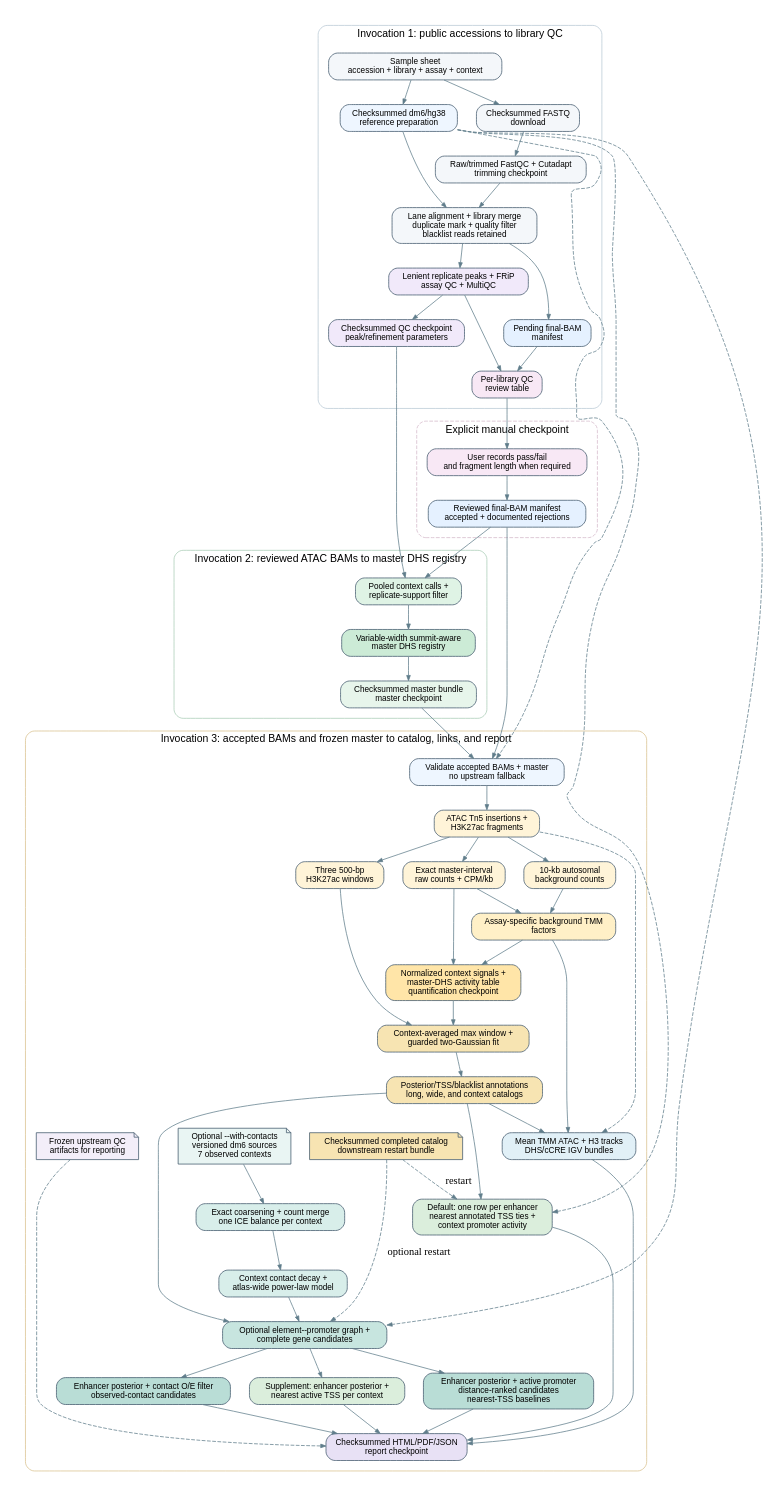
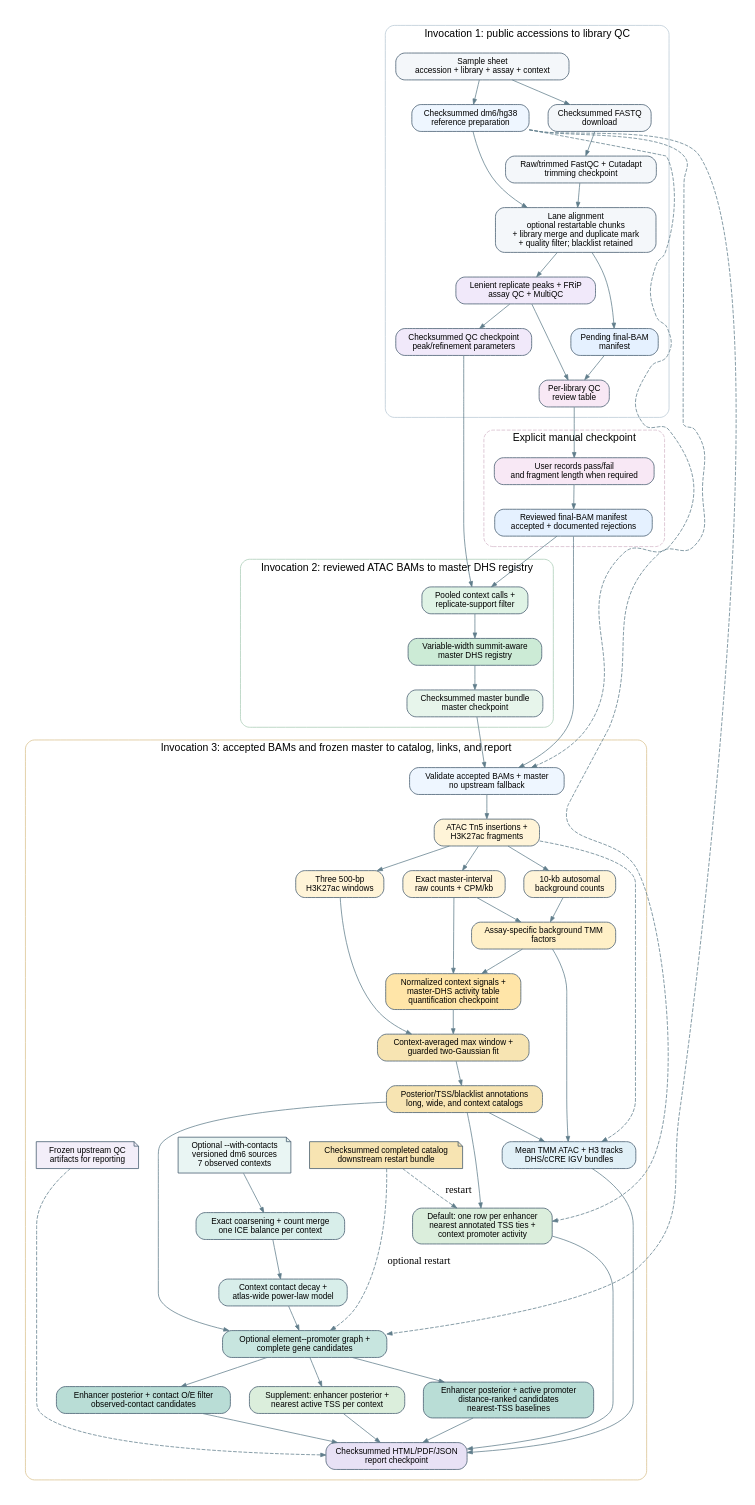
Before and after one commit to laiker96/drosophila-cCREs: the diagram in docs/workflow-dag.dot, drawn with Graphviz. The commit also changed 15 other files, not shown here.

Commit message:
Add restartable chunked short-read alignment

```diff
--- a/docs/workflow-dag.dot
+++ b/docs/workflow-dag.dot
@@ -1,128 +1,128 @@
 digraph workflow {
   graph [rankdir=TB, bgcolor="#ffffff", pad=0.25, nodesep=0.35,
          ranksep=0.45, newrank=true, compound=true, fontname="Helvetica"];
   node [shape=box, style="rounded,filled", fontname="Helvetica", fontsize=11,
         color="#40566b", fillcolor="#f4f7fa", margin="0.13,0.08"];
   edge [color="#607d8b", arrowsize=0.7];
 
   subgraph cluster_qc {
     label="Invocation 1: public accessions to library QC";
     color="#b8c8d4";
     style="rounded";
     margin=14;
 
     inputs [label="Sample sheet\naccession + library + assay + context"];
     download [label="Checksummed FASTQ\ndownload"];
     reference [label="Checksummed dm6/hg38\nreference preparation", fillcolor="#eef6ff"];
     trim [label="Raw/trimmed FastQC + Cutadapt\ntrimming checkpoint"];
-    align [label="Lane alignment + library merge\nduplicate mark + quality filter\nblacklist reads retained"];
+    align [label="Lane alignment\noptional restartable chunks\n+ library merge and duplicate mark\n+ quality filter; blacklist retained"];
     bammanifest [label="Pending final-BAM\nmanifest", fillcolor="#e5f1ff"];
     qc [label="Lenient replicate peaks + FRiP\nassay QC + MultiQC", fillcolor="#f1e9fa"];
     qccheckpoint [label="Checksummed QC checkpoint\npeak/refinement parameters", fillcolor="#f1e9fa"];
     reviewtable [label="Per-library QC\nreview table", fillcolor="#f8e8f5"];
 
     inputs -> download -> trim -> align;
     inputs -> reference;
     reference -> align;
     align -> bammanifest;
     align -> qc;
     qc -> qccheckpoint;
     bammanifest -> reviewtable;
     qc -> reviewtable;
     {rank=same; download; reference;}
     {rank=same; bammanifest; qccheckpoint;}
   }
 
   subgraph cluster_review {
     label="Explicit manual checkpoint";
     color="#d4b8ca";
     style="rounded,dashed";
     margin=14;
 
     review [label="User records pass/fail\nand fragment length when required", fillcolor="#f8e8f5"];
     reviewedbam [label="Reviewed final-BAM manifest\naccepted + documented rejections", fillcolor="#e5f1ff"];
 
     review -> reviewedbam;
   }
 
   subgraph cluster_master {
     label="Invocation 2: reviewed ATAC BAMs to master DHS registry";
     color="#a9ccb5";
     style="rounded";
     margin=14;
 
     context [label="Pooled context calls +\nreplicate-support filter", fillcolor="#dff3e5"];
     master [label="Variable-width summit-aware\nmaster DHS registry", fillcolor="#ccebd6"];
     mastermanifest [label="Checksummed master bundle\nmaster checkpoint", fillcolor="#e7f5eb"];
 
     context -> master -> mastermanifest;
   }
 
   subgraph cluster_activity {
     label="Invocation 3: accepted BAMs and frozen master to catalog, links, and report";
     color="#d9c18c";
     style="rounded";
     margin=14;
 
     validate [label="Validate accepted BAMs + master\nno upstream fallback", fillcolor="#eef6ff"];
     units [label="ATAC Tn5 insertions +\nH3K27ac fragments", fillcolor="#fff4d8"];
     exact [label="Exact master-interval\nraw counts + CPM/kb", fillcolor="#fff4d8"];
     background [label="10-kb autosomal\nbackground counts", fillcolor="#fff4d8"];
     windows [label="Three 500-bp\nH3K27ac windows", fillcolor="#fff4d8"];
     tmm [label="Assay-specific background TMM\nfactors", fillcolor="#fff0c7"];
     quantify [label="Normalized context signals +\nmaster-DHS activity table\nquantification checkpoint", fillcolor="#ffe5a8"];
     mixture [label="Context-averaged max window +\nguarded two-Gaussian fit", fillcolor="#f7e4b2"];
     catalog [label="Posterior/TSS/blacklist annotations\nlong, wide, and context catalogs", fillcolor="#f7e4b2"];
     catalogbundle [label="Checksummed completed catalog\ndownstream restart bundle", shape=note, fillcolor="#f7e4b2"];
     browser [label="Mean TMM ATAC + H3 tracks\nDHS/cCRE IGV bundles", fillcolor="#e1f0f7"];
     nearestwide [label="Default: one row per enhancer\nnearest annotated TSS ties +\ncontext promoter activity", fillcolor="#dbeedc"];
     contacts [label="Optional --with-contacts\nversioned dm6 sources\n7 observed contexts", shape=note, fillcolor="#e9f5f3"];
     normalizecontacts [label="Exact coarsening + count merge\none ICE balance per context", fillcolor="#d8eeea"];
     decay [label="Context contact decay +\natlas-wide power-law model", fillcolor="#d8eeea"];
     links [label="Optional element--promoter graph +\ncomplete gene candidates", fillcolor="#c7e5df"];
     focused [label="Enhancer posterior + contact O/E filter\nobserved-contact candidates", fillcolor="#b9ddd6"];
     nearest [label="Supplement: enhancer posterior +\nnearest active TSS per context", fillcolor="#dbeedc"];
     distancefocused [label="Enhancer posterior + active promoter\ndistance-ranked candidates\nnearest-TSS baselines", fillcolor="#b9ddd6"];
     sources [label="Frozen upstream QC\nartifacts for reporting", shape=note, fillcolor="#f3eef9"];
     report [label="Checksummed HTML/PDF/JSON\nreport checkpoint", fillcolor="#e8e1f5"];
 
     validate -> units;
     units -> exact;
     units -> background;
     units -> windows;
     exact -> tmm;
     background -> tmm;
     exact -> quantify;
     tmm -> quantify;
     windows -> mixture;
     quantify -> mixture -> catalog;
     units -> browser [style=dashed];
     tmm -> browser;
     catalog -> browser;
     catalog -> nearestwide;
     contacts -> normalizecontacts -> decay -> links;
     links -> focused;
     links -> nearest;
     links -> distancefocused;
     catalog -> links;
     catalogbundle -> nearestwide [style=dashed, label="restart"];
     catalogbundle -> links [style=dashed, label="optional restart"];
     browser -> report;
     nearestwide -> report;
     focused -> report;
     nearest -> report;
     distancefocused -> report;
     sources -> report [style=dashed];
     {rank=same; exact; background; windows;}
     {rank=same; browser; contacts; sources; catalogbundle;}
   }
 
   reviewtable -> review;
   reviewedbam -> context;
   qccheckpoint -> context;
   reviewedbam -> validate;
   mastermanifest -> validate;
   reference -> validate [style=dashed, constraint=false];
   reference -> nearestwide [style=dashed, constraint=false];
   reference -> links [style=dashed, constraint=false];
 }
```
